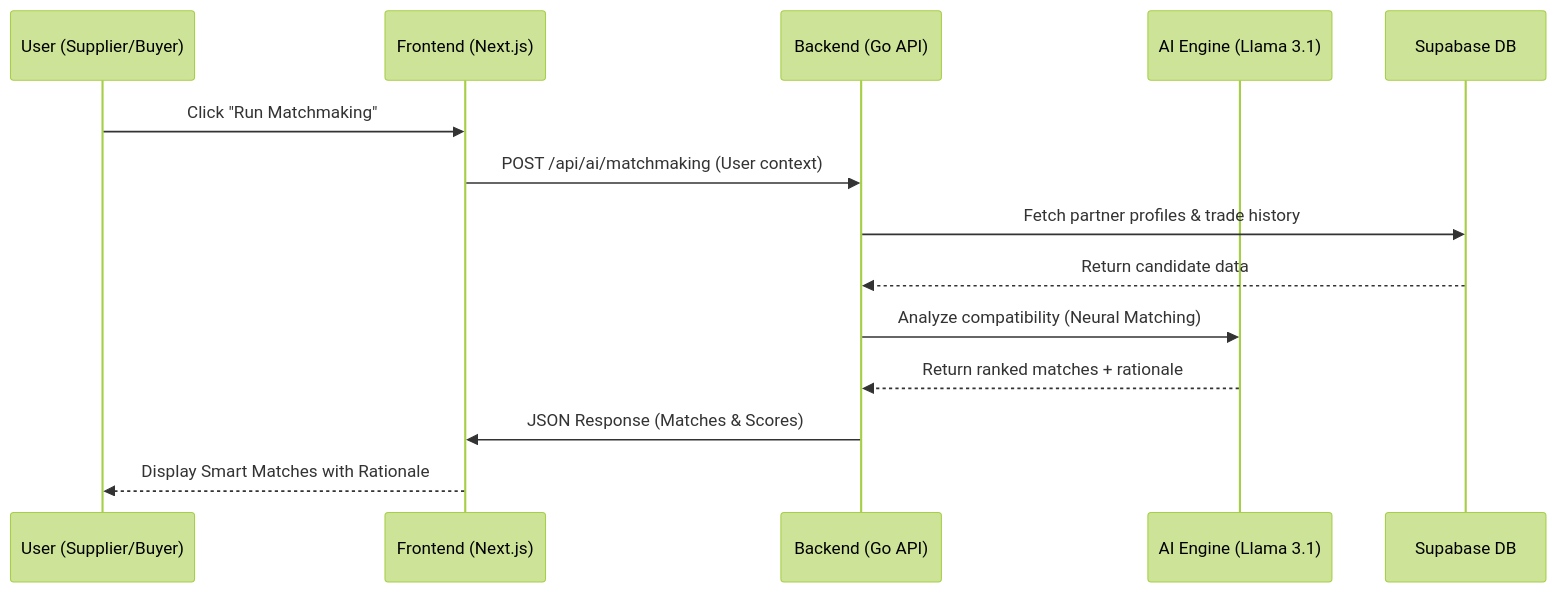
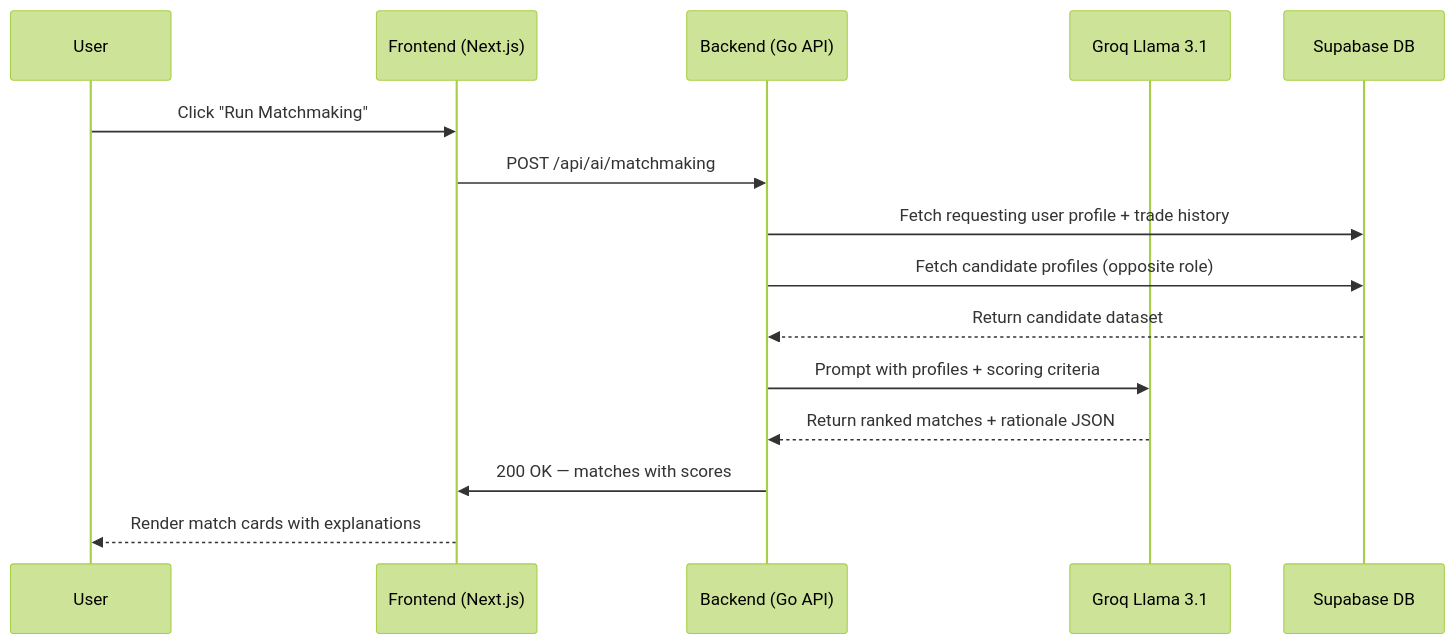
One commit to wi5nuu/grawizah.com changed the fourth of 5 diagrams in README.md. Above: the diagram before and after it, drawn with Mermaid (forest theme). The commit also changed other lines of this file and 2 other files, not shown here.

````diff
--- a/README.md
+++ b/README.md
@@ -117,17 +201,18 @@
 ```mermaid
 sequenceDiagram
-    participant U as User (Supplier/Buyer)
+    participant U as User
     participant F as Frontend (Next.js)
     participant B as Backend (Go API)
-    participant AI as AI Engine (Llama 3.1)
+    participant AI as Groq Llama 3.1
     participant DB as Supabase DB
 
     U->>F: Click "Run Matchmaking"
-    F->>B: POST /api/ai/matchmaking (User context)
-    B->>DB: Fetch partner profiles & trade history
-    DB-->>B: Return candidate data
-    B->>AI: Analyze compatibility (Neural Matching)
-    AI-->>B: Return ranked matches + rationale
-    B->>F: JSON Response (Matches & Scores)
-    F-->>U: Display Smart Matches with Rationale
+    F->>B: POST /api/ai/matchmaking
+    B->>DB: Fetch requesting user profile + trade history
+    B->>DB: Fetch candidate profiles (opposite role)
+    DB-->>B: Return candidate dataset
+    B->>AI: Prompt with profiles + scoring criteria
+    AI-->>B: Return ranked matches + rationale JSON
+    B->>F: 200 OK — matches with scores
+    F-->>U: Render match cards with explanations
 ```
````
